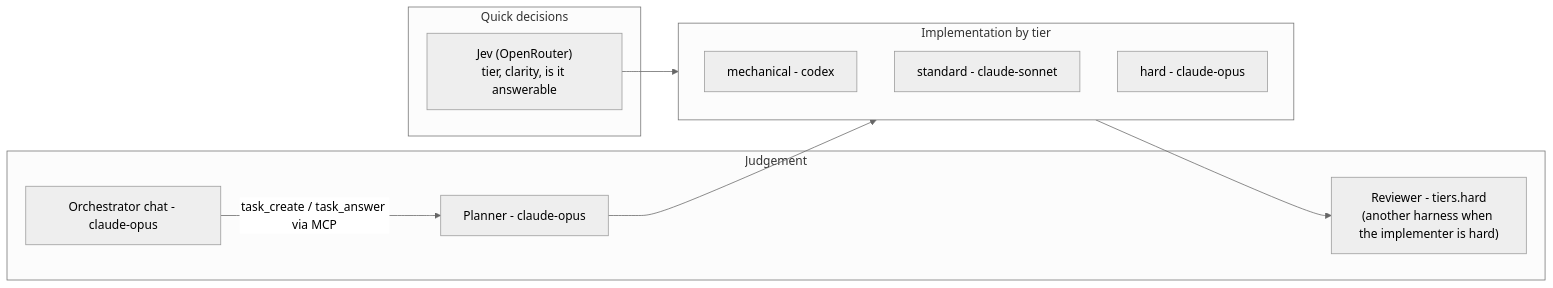
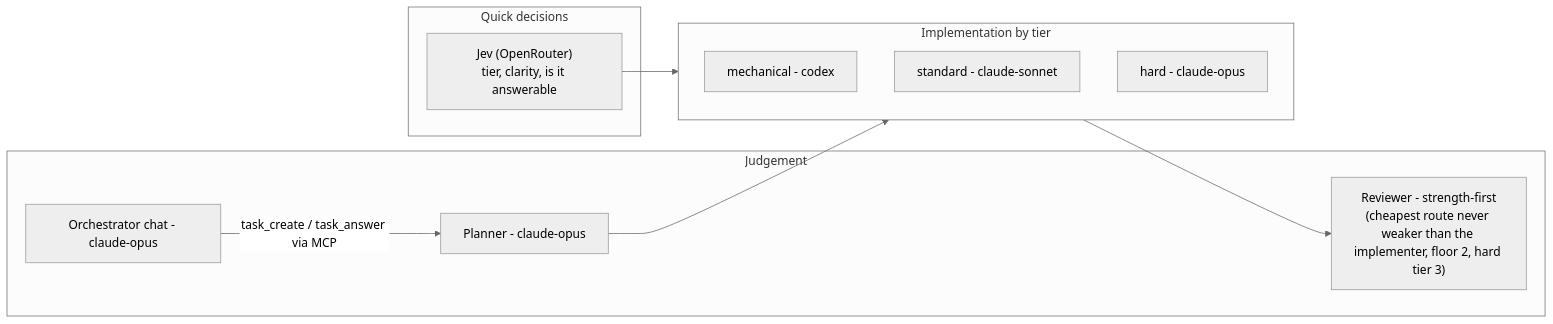
One commit to sushi-killer/sushiAI changed the fifth of 7 diagrams in docs/architecture.md. Above: the diagram before and after it, drawn with Mermaid (neutral theme). The commit also changed other lines of this file and 15 other files, not shown here.

First line of the commit message:
orchd: strength-first review routing (a reviewer or judge is never weaker than the implementer)

````diff
--- a/docs/architecture.md
+++ b/docs/architecture.md
@@ -225,20 +225,20 @@
 ```mermaid
 flowchart LR
   subgraph cheap["Quick decisions"]
     jev["Jev (OpenRouter)<br/>tier, clarity, is it answerable"]
   end
   subgraph strong["Judgement"]
     planner["Planner - claude-opus"]
-    reviewerR["Reviewer - tiers.hard<br/>(another harness when the implementer is hard)"]
+    reviewerR["Reviewer - strength-first<br/>(cheapest route never weaker than the implementer, floor 2, hard tier 3)"]
     orch["Orchestrator chat - claude-opus"]
   end
   subgraph work["Implementation by tier"]
     mech["mechanical - codex"]
     std["standard - claude-sonnet"]
     hard["hard - claude-opus"]
   end
   jev --> work
   planner --> work
   work --> reviewerR
   orch -->|task_create / task_answer via MCP| planner
 ```
````
